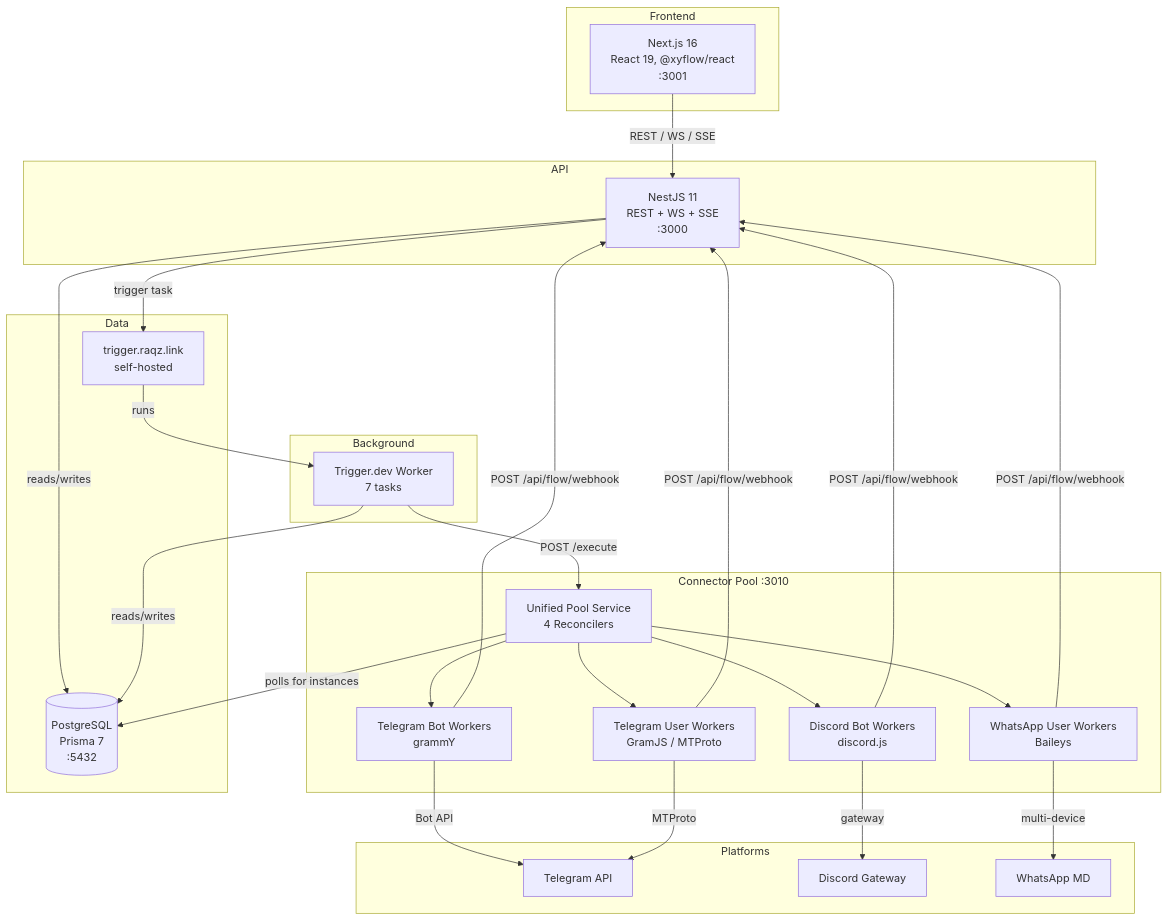
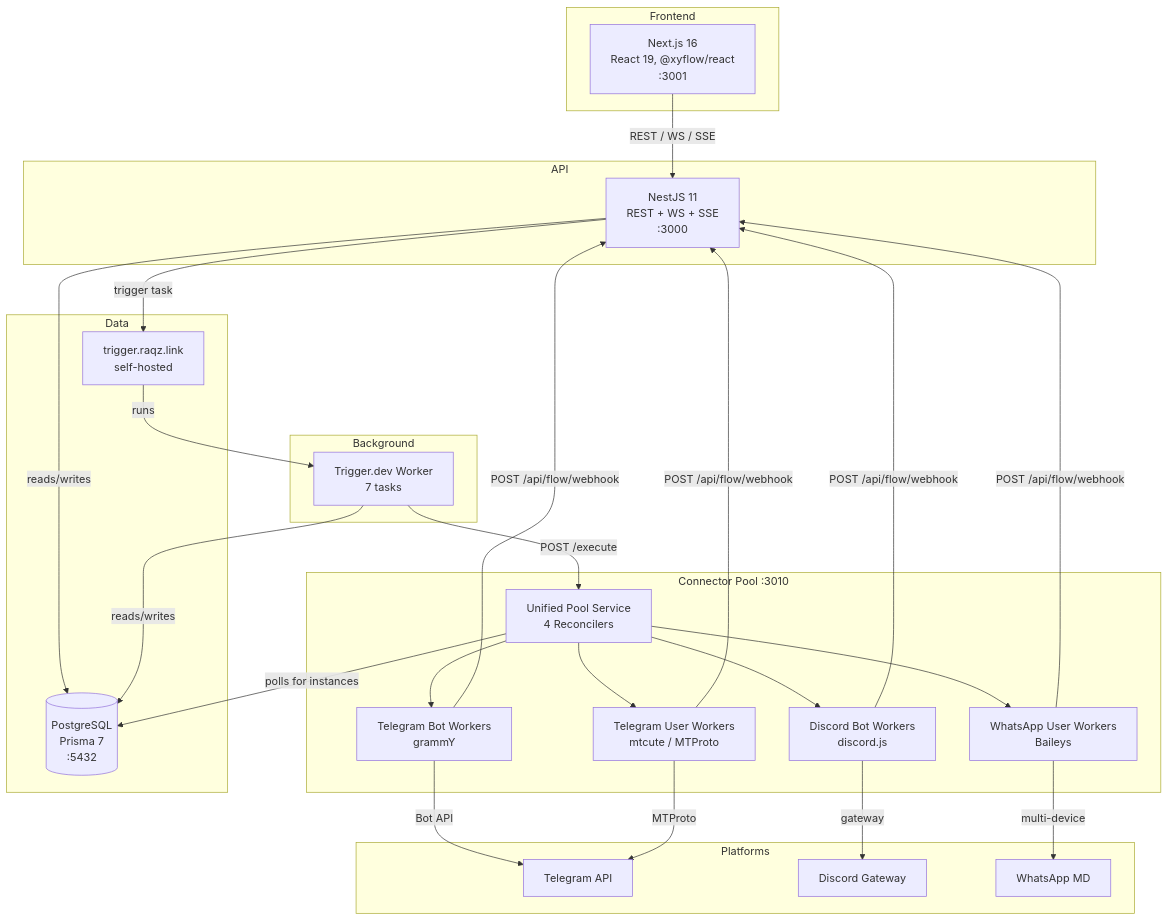
Before and after one commit to kolezka/flowbot: the first of 10 diagrams in docs/system-design.md, drawn with Mermaid. The commit also changed other lines of this file and 5 other files, not shown here.

Commit message:
docs: update GramJS references to mtcute across docs directory

````diff
--- a/docs/system-design.md
+++ b/docs/system-design.md
@@ -9,49 +9,49 @@
 ```mermaid
 graph TB
     subgraph Frontend
         FE[Next.js 16<br/>React 19, @xyflow/react<br/>:3001]
     end
 
     subgraph API
         NestJS[NestJS 11<br/>REST + WS + SSE<br/>:3000]
     end
 
     subgraph "Connector Pool :3010"
         CP[Unified Pool Service<br/>4 Reconcilers]
         TBW[Telegram Bot Workers<br/>grammY]
-        TUW[Telegram User Workers<br/>GramJS / MTProto]
+        TUW[Telegram User Workers<br/>mtcute / MTProto]
         WAW[WhatsApp User Workers<br/>Baileys]
         DCW[Discord Bot Workers<br/>discord.js]
         CP --> TBW & TUW & WAW & DCW
     end
 
     subgraph Background
         TRIGGER[Trigger.dev Worker<br/>7 tasks]
     end
 
     subgraph Data
         PG[(PostgreSQL<br/>Prisma 7<br/>:5432)]
         TRIGHOST[trigger.raqz.link<br/>self-hosted]
     end
 
     subgraph Platforms
         TG_API[Telegram API]
         DC_API[Discord Gateway]
         WA_API[WhatsApp MD]
     end
 
     FE -- REST / WS / SSE --> NestJS
     NestJS -- trigger task --> TRIGHOST
     TRIGHOST -- runs --> TRIGGER
     TRIGGER -- POST /execute --> CP
     NestJS -- reads/writes --> PG
     TRIGGER -- reads/writes --> PG
     CP -- polls for instances --> PG
 
     TBW -- Bot API --> TG_API
     TUW -- MTProto --> TG_API
     WAW -- multi-device --> WA_API
     DCW -- gateway --> DC_API
 
     TBW & TUW & WAW & DCW -- POST /api/flow/webhook --> NestJS
 ```
````
